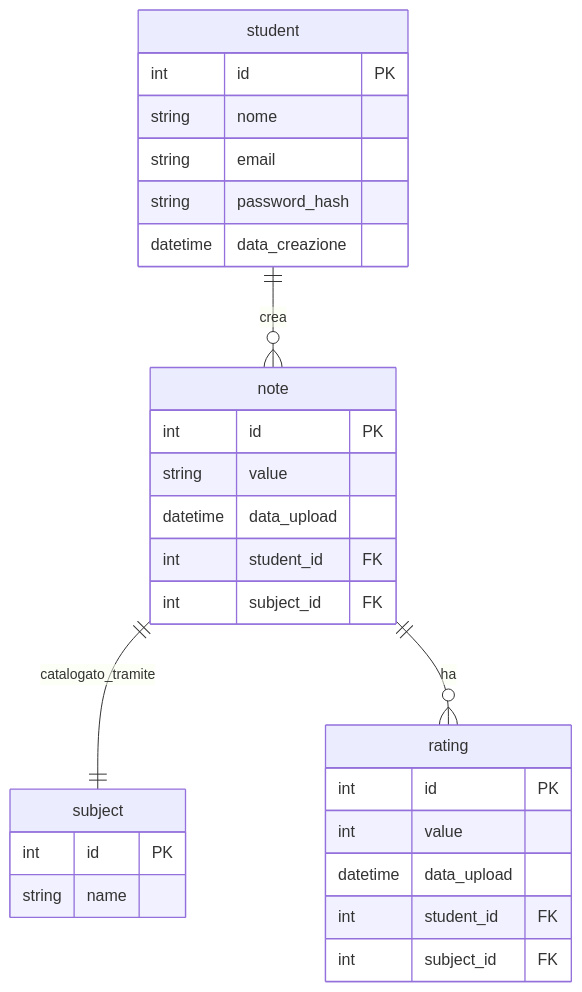
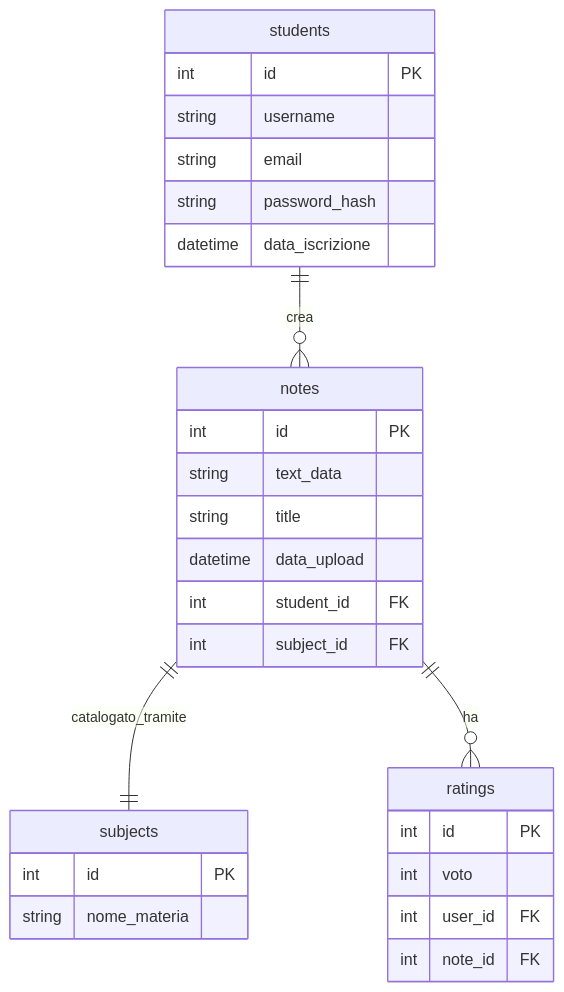
One commit to MarcoArlotti/project_appunti_scuola changed the first of 2 diagrams in README.md. Above: the diagram before and after it, drawn with Mermaid. The commit also changed 5 other files, not shown here.

````diff
--- a/README.md
+++ b/README.md
@@ -54,35 +54,35 @@
 ```mermaid
 erDiagram
-      student {
+      students {
         int id PK
-        string nome
+        string username
         string email
         string password_hash
-        datetime data_creazione
+        datetime data_iscrizione
       }
 
-      note {
+      notes {
          int id PK
-         string value
+         string text_data
+         string title
          datetime data_upload
          int student_id FK
          int subject_id FK
       }
 
-      subject {
+      subjects {
          int id PK
-         string name
+         string nome_materia
       }
 
-      rating {
+      ratings {
          int id PK
-         int value
-         datetime data_upload
-         int student_id FK
-         int subject_id FK
+         int voto
+         int user_id FK
+         int note_id FK
       }
       
-      student ||--o{ note : crea
-      note ||--|| subject : catalogato_tramite
-      note ||--o{ rating : ha
+      students ||--o{ notes : crea
+      notes ||--|| subjects : catalogato_tramite
+      notes ||--o{ ratings : ha
 ```
````
